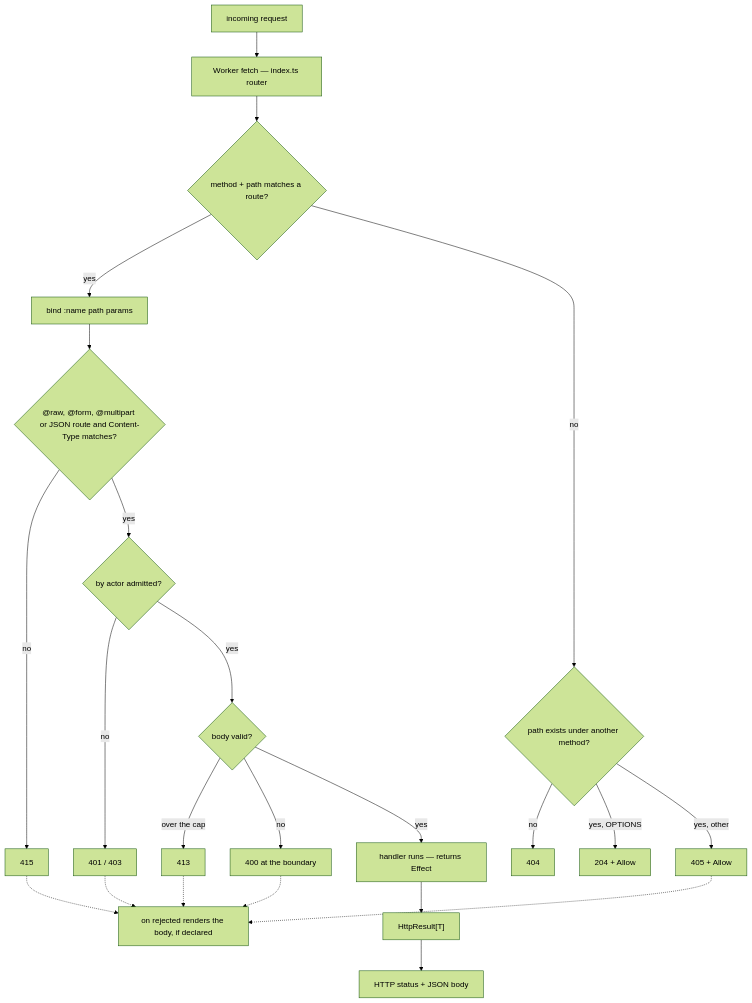
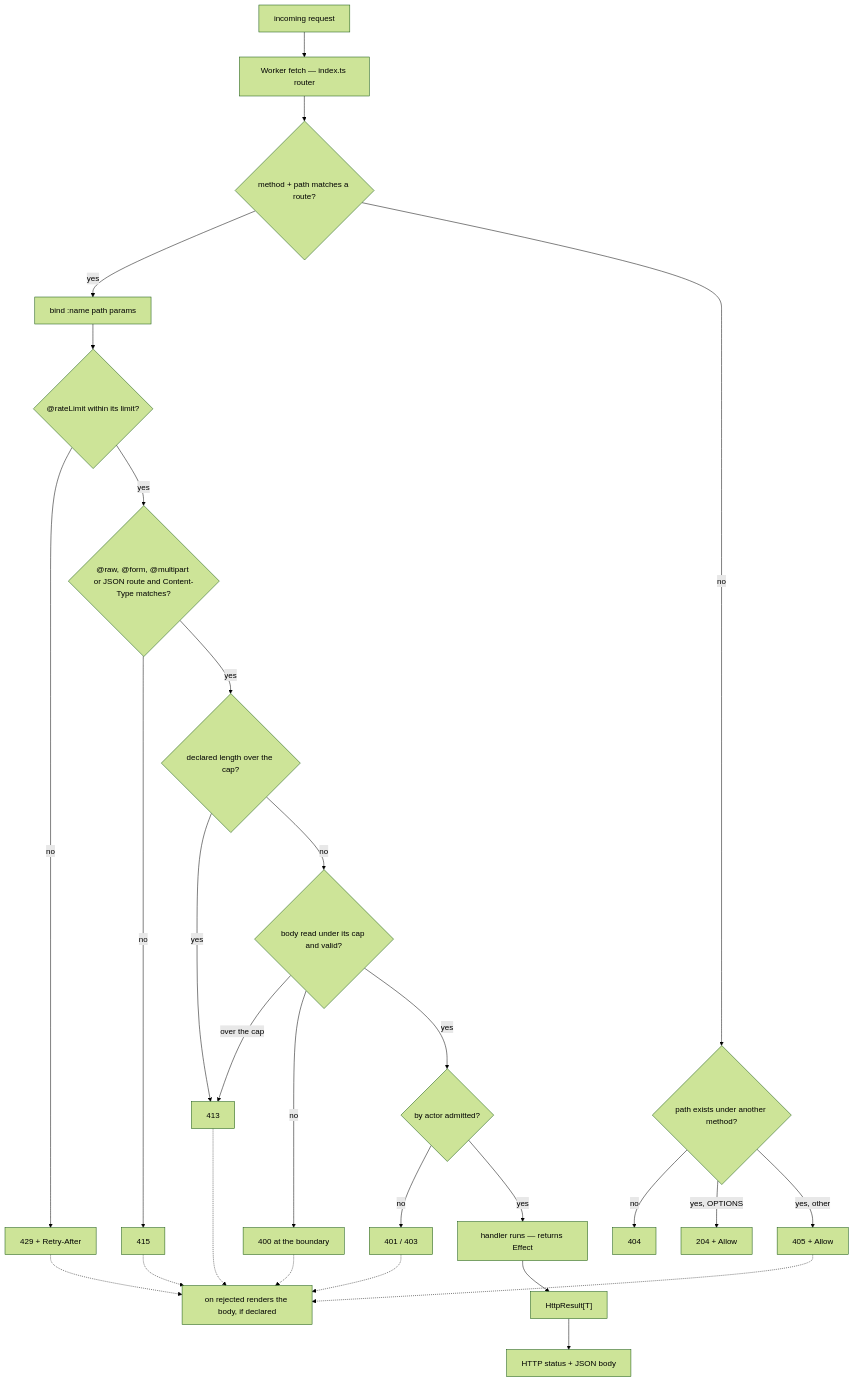
The diagram in site/src/content/docs/reference/http.md (bynk-lang/bynk), drawn with Mermaid (forest theme) before and after one commit. The commit also changed other lines of this file and 86 other files, not shown here.

First line of the commit message:
HTTP: @rateLimit(Limiter, key: clientIp) refuses a request before its body is read (#3926, part 1) (#4407)

````diff
--- a/site/src/content/docs/reference/http.md
+++ b/site/src/content/docs/reference/http.md
@@ -2012,25 +2056,30 @@
 ```mermaid
 flowchart TD
   req["incoming request"] --> router["Worker fetch — index.ts router"]
   router --> match{"method + path matches a route?"}
   match -->|yes| params["bind :name path params"]
   match -->|no| known{"path exists under another method?"}
   known -->|no| nf["404"]
   known -->|yes, OPTIONS| opt["204 + Allow"]
   known -->|yes, other| m405["405 + Allow"]
-  params --> ctype{"@raw, @form, @multipart or JSON route and Content-Type matches?"}
+  params --> rl{"@rateLimit within its limit?"}
+  rl -->|no| m429["429 + Retry-After"]
+  rl -->|yes| ctype{"@raw, @form, @multipart or JSON route and Content-Type matches?"}
   ctype -->|no| m415["415"]
-  ctype -->|yes| actor{"by actor admitted?"}
+  ctype -->|yes| len{"declared length over the cap?"}
+  len -->|yes| m413["413"]
+  len -->|no| body{"body read under its cap and valid?"}
+  body -->|over the cap| m413
+  body -->|no| bad["400 at the boundary"]
+  body -->|yes| actor{"by actor admitted?"}
   actor -->|no| m401["401 / 403"]
-  actor -->|yes| body{"body valid?"}
-  body -->|over the cap| m413["413"]
-  body -->|no| bad["400 at the boundary"]
   m401 -.-> hook
   m405 -.-> hook["on rejected renders the body, if declared"]
   m415 -.-> hook
+  m429 -.-> hook
   m413 -.-> hook
   bad -.-> hook
-  body -->|yes| handler["handler runs — returns Effect"]
+  actor -->|yes| handler["handler runs — returns Effect"]
   handler --> result["HttpResult[T]"]
   result --> status["HTTP status + JSON body"]
 ```
````
